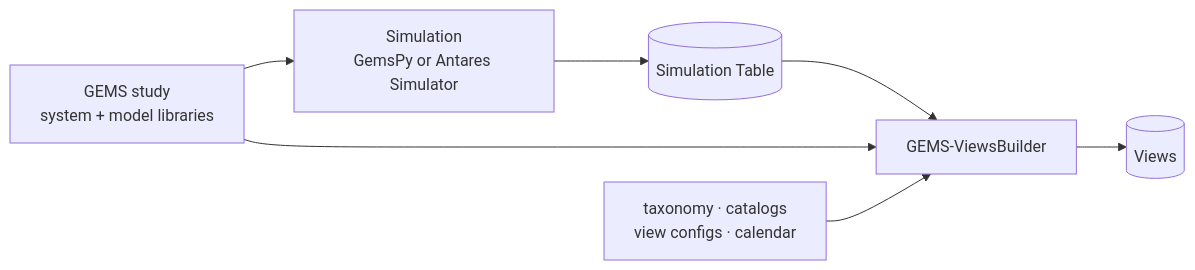
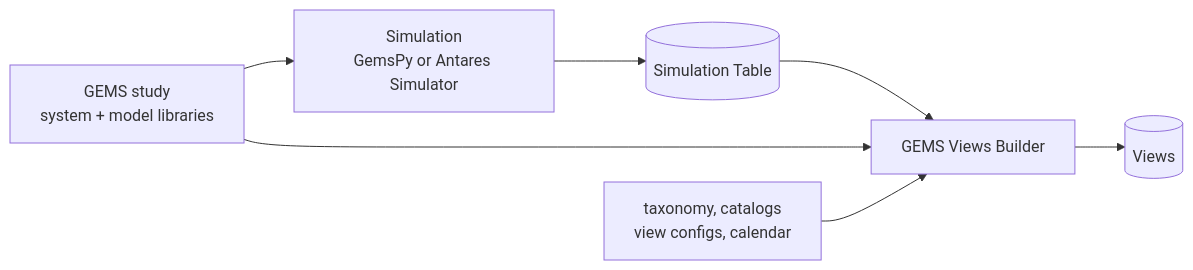
The diagram in README.md (AntaresSimulatorTeam/GEMS-ViewsBuilder), drawn with Mermaid before and after one commit. The commit also changed other lines of this file, not shown here.

````diff
--- a/README.md
+++ b/README.md
@@ -34,9 +34,9 @@
 ```mermaid
 flowchart LR
-    study["GEMS study<br/>system + model libraries"] --> sim["Simulation<br/>GemsPy or Antares Simulator"]
+    study["GEMS study<br>system + model libraries"] --> sim["Simulation<br>GemsPy or Antares Simulator"]
     sim --> st[("Simulation Table")]
-    st --> gvb["GEMS-ViewsBuilder"]
+    st --> gvb["GEMS Views Builder"]
     study --> gvb
-    inputs["taxonomy · catalogs<br/>view configs · calendar"] --> gvb
+    inputs["taxonomy, catalogs<br>view configs, calendar"] --> gvb
     gvb --> views[("Views")]
 ```
````
